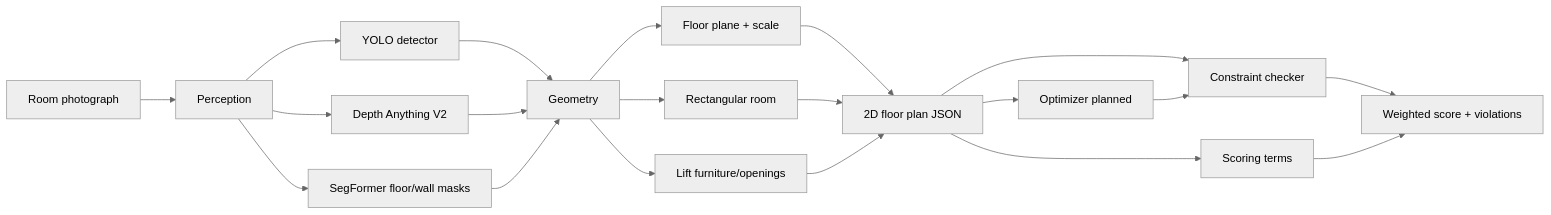
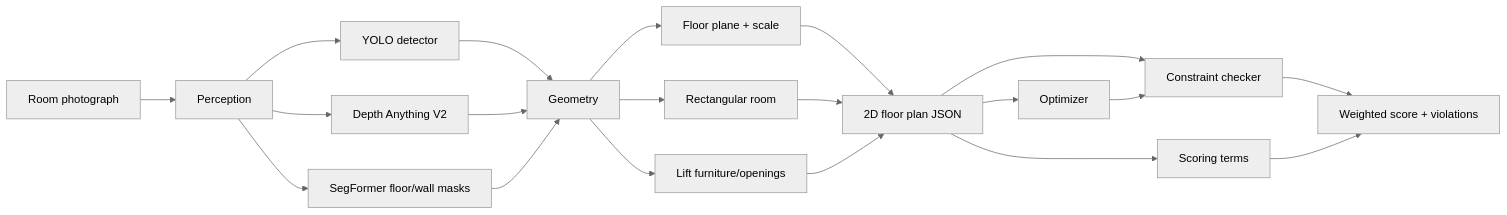
The diagram in docs/midterm_report.md (Sash-19/room-layout-optimization), drawn with Mermaid (neutral theme) before and after one commit. The commit also changed other lines of this file and 8 other files, not shown here.

````diff
--- a/docs/midterm_report.md
+++ b/docs/midterm_report.md
@@ -21,22 +24,22 @@
 ```mermaid
 flowchart LR
     A[Room photograph] --> B[Perception]
     B --> B1[YOLO detector]
     B --> B2[Depth Anything V2]
     B --> B3[SegFormer floor/wall masks]
     B1 --> C[Geometry]
     B2 --> C
     B3 --> C
     C --> C1[Floor plane + scale]
     C --> C2[Rectangular room]
     C --> C3[Lift furniture/openings]
     C1 --> D[2D floor plan JSON]
     C2 --> D
     C3 --> D
     D --> E[Constraint checker]
     D --> F[Scoring terms]
     E --> G[Weighted score + violations]
     F --> G
-    D --> H[Optimizer planned]
+    D --> H[Optimizer]
     H --> E
 ```
````
